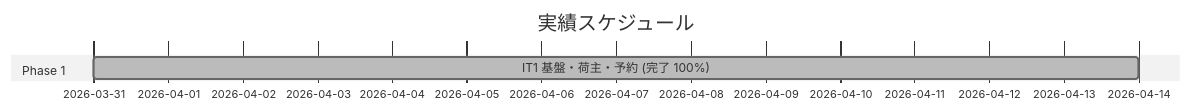
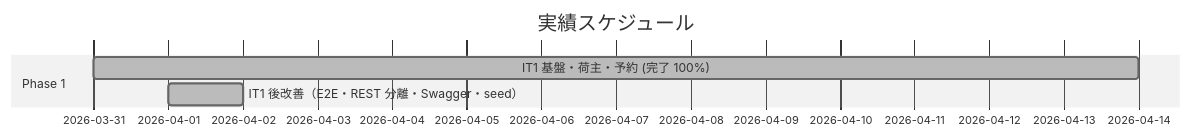
The second of 3 diagrams in docs/development/release_plan.md (k2works/case-study-cargo-tracker), drawn with Mermaid (neutral theme) before and after one commit. The commit also changed other lines of this file and 2 other files, not shown here.

````diff
--- a/docs/development/release_plan.md
+++ b/docs/development/release_plan.md
@@ -162,8 +162,9 @@
 ```mermaid
 gantt
     title 実績スケジュール
     dateFormat  YYYY-MM-DD
     section Phase 1
     IT1 基盤・荷主・予約 (完了 100%)   :done, it1a, 2026-03-31, 14d
+    IT1 後改善（E2E・REST 分離・Swagger・seed） :done, it1b, 2026-04-01, 1d
     section Phase 2
 ```
````
